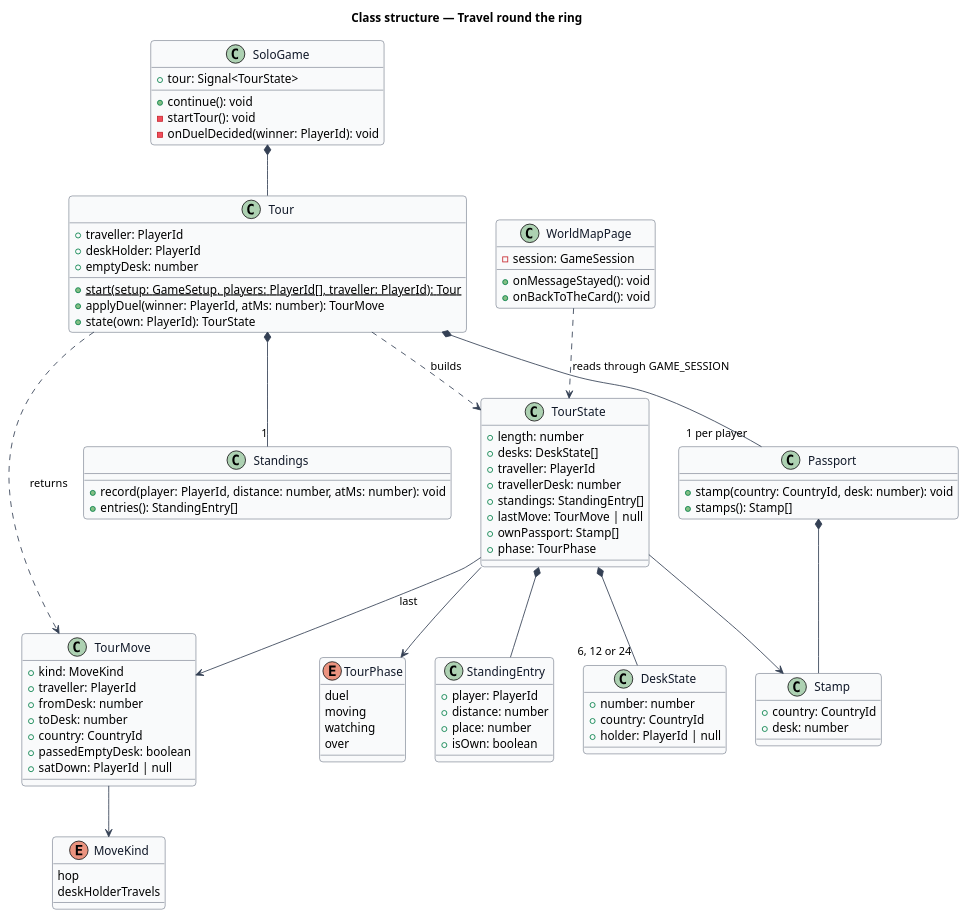
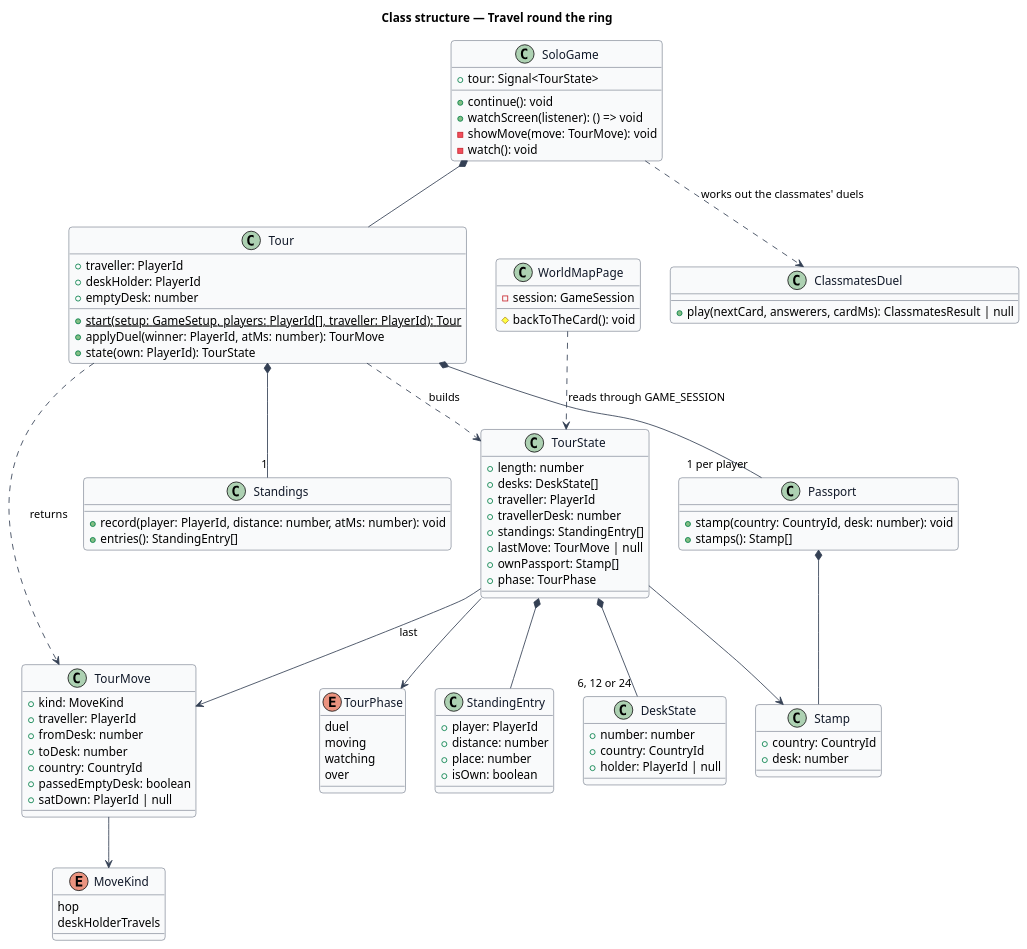
The diagram in docs/detailed-designs/tour/travel-round-ring/diagrams/class-structure.puml (QuinntyneBrown/around-the-world), drawn with PlantUML before and after one commit. The commit also changed 6 other files, not shown here.

First line of the commit message:
Bring the travel-round-ring diagrams in line with what was built

```diff
--- a/docs/detailed-designs/tour/travel-round-ring/diagrams/class-structure.puml
+++ b/docs/detailed-designs/tour/travel-round-ring/diagrams/class-structure.puml
@@ -1,101 +1,105 @@
 @startuml
 ' --- shared skin header ---
 skinparam backgroundColor #FFFFFF
 skinparam shadowing false
 skinparam roundcorner 8
 skinparam defaultFontName Arial
 skinparam ArrowColor #344054
 skinparam class {
   BorderColor #344054
   FontColor #101828
   BackgroundColor #F9FAFB
 }
 ' --------------------------
 title Class structure — Travel round the ring
 
 class TourState {
   +length: number
   +desks: DeskState[]
   +traveller: PlayerId
   +travellerDesk: number
   +standings: StandingEntry[]
   +lastMove: TourMove | null
   +ownPassport: Stamp[]
   +phase: TourPhase
 }
 enum TourPhase {
   duel
   moving
   watching
   over
 }
 class DeskState {
   +number: number
   +country: CountryId
   +holder: PlayerId | null
 }
 class TourMove {
   +kind: MoveKind
   +traveller: PlayerId
   +fromDesk: number
   +toDesk: number
   +country: CountryId
   +passedEmptyDesk: boolean
   +satDown: PlayerId | null
 }
 enum MoveKind {
   hop
   deskHolderTravels
 }
 class StandingEntry {
   +player: PlayerId
   +distance: number
   +place: number
   +isOwn: boolean
 }
 class Stamp {
   +country: CountryId
   +desk: number
 }
 class Tour {
   +{static} start(setup: GameSetup, players: PlayerId[], traveller: PlayerId): Tour
   +traveller: PlayerId
   +deskHolder: PlayerId
   +emptyDesk: number
   +applyDuel(winner: PlayerId, atMs: number): TourMove
   +state(own: PlayerId): TourState
 }
 class Standings {
   +record(player: PlayerId, distance: number, atMs: number): void
   +entries(): StandingEntry[]
 }
 class Passport {
   +stamp(country: CountryId, desk: number): void
   +stamps(): Stamp[]
 }
 class SoloGame {
   +tour: Signal<TourState>
   +continue(): void
-  -startTour(): void
-  -onDuelDecided(winner: PlayerId): void
+  +watchScreen(listener): () => void
+  -showMove(move: TourMove): void
+  -watch(): void
+}
+class ClassmatesDuel {
+  +play(nextCard, answerers, cardMs): ClassmatesResult | null
 }
 class WorldMapPage {
   -session: GameSession
-  +onMessageStayed(): void
-  +onBackToTheCard(): void
+  #backToTheCard(): void
 }
 
 SoloGame *-- Tour
+SoloGame ..> ClassmatesDuel : works out the classmates' duels
 Tour *-- "1" Standings
 Tour *-- "1 per player" Passport
 Tour ..> TourMove : returns
 Tour ..> TourState : builds
 TourState *-- "6, 12 or 24" DeskState
 TourState *-- StandingEntry
 TourState --> TourMove : last
 TourState --> Stamp
 TourState --> TourPhase
 TourMove --> MoveKind
 Passport *-- Stamp
 WorldMapPage ..> TourState : reads through GAME_SESSION
 @enduml
```
